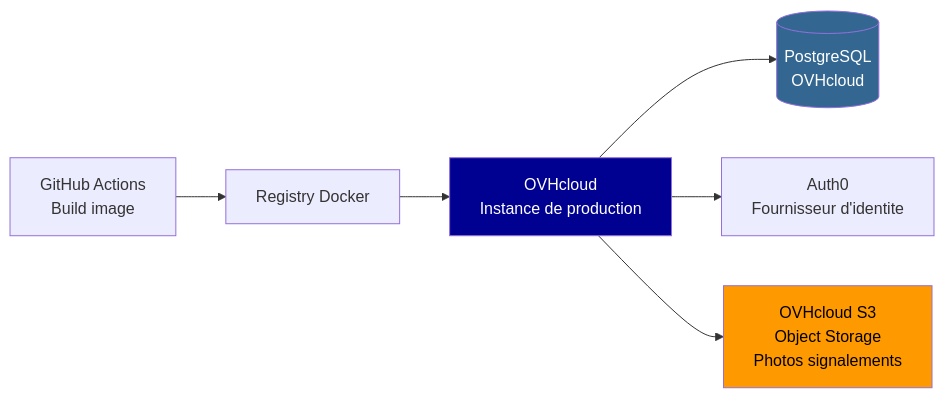
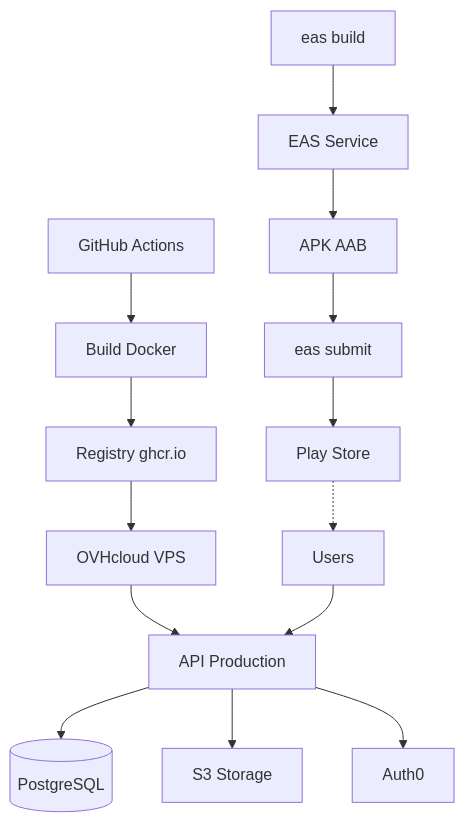
The eighth of 9 diagrams in docs/DAL.md (CitizenAlert/CitizenAlert), drawn with Mermaid before and after one commit. The commit also changed other lines of this file and 13 other files, not shown here.

````diff
--- a/docs/DAL.md
+++ b/docs/DAL.md
@@ -507,12 +370,17 @@
 ```mermaid
-graph LR
-    A[GitHub Actions<br/>Build image] --> B[Registry Docker]
-    B --> C[OVHcloud<br/>Instance de production]
-    C --> D[(PostgreSQL<br/>OVHcloud)]
-    C --> E[Auth0<br/>Fournisseur d'identite]
-    C --> F[OVHcloud S3<br/>Object Storage<br/>Photos signalements]
-
-    style C fill:#000091,color:#fff
-    style D fill:#336791,color:#fff
-    style F fill:#ff9900,color:#000
+graph TB
+    A[GitHub Actions] --> B[Build Docker]
+    B --> C[Registry ghcr.io]
+    C --> D[OVHcloud VPS]
+    D --> E[API Production]
+    E --> F[(PostgreSQL)]
+    E --> G[S3 Storage]
+    E --> M[Auth0]
+    
+    H[eas build] --> I[EAS Service]
+    I --> J[APK AAB]
+    J --> K[eas submit]
+    K --> L[Play Store]
+    L -.-> N[Users]
+    N --> E
 ```
````
